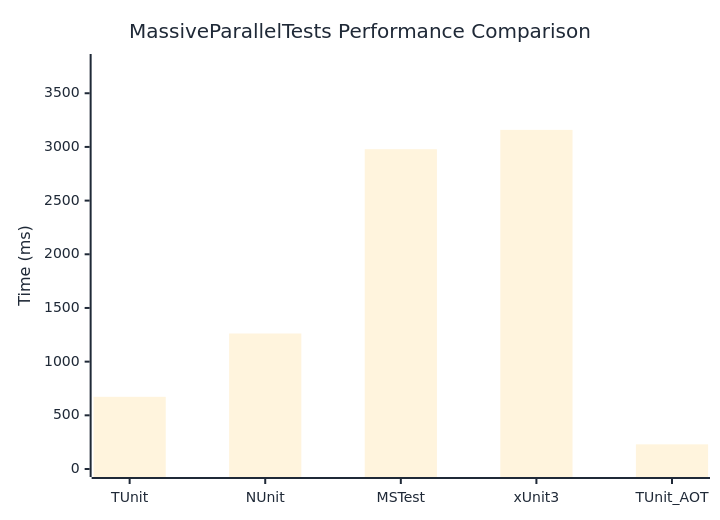
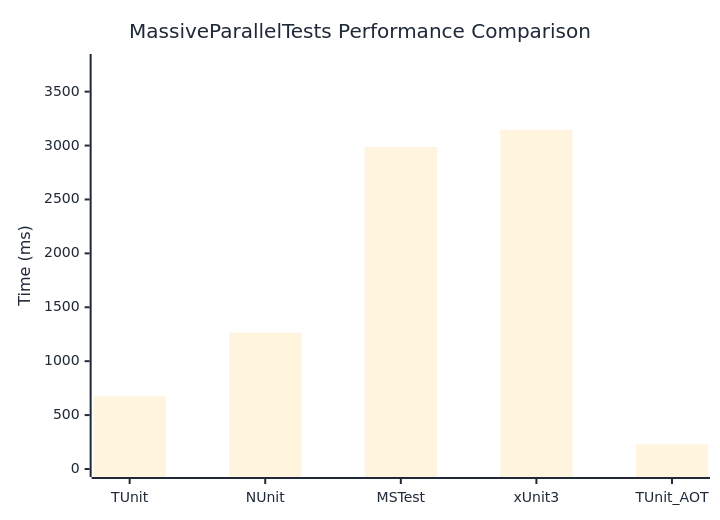
Before and after one commit to thomhurst/TUnit: the diagram in docs/docs/benchmarks/MassiveParallelTests.md, drawn with Mermaid. The commit also changed other lines of this file and 17 other files, not shown here.

````diff
--- a/docs/docs/benchmarks/MassiveParallelTests.md
+++ b/docs/docs/benchmarks/MassiveParallelTests.md
@@ -27,37 +27,37 @@
 ```mermaid
 %%{init: {
   'theme':'base',
   'themeVariables': {
     'primaryColor': '#2563eb',
     'primaryTextColor': '#1f2937',
     'primaryBorderColor': '#1e40af',
     'lineColor': '#6b7280',
     'secondaryColor': '#7c3aed',
     'tertiaryColor': '#dc2626',
     'background': '#ffffff',
     'mainBkg': '#2563eb',
     'secondBkg': '#7c3aed',
     'tertiaryBkg': '#dc2626',
     'clusterBkg': '#f3f4f6',
     'edgeLabelBackground': '#ffffff',
     'tertiaryTextColor': '#1f2937',
     'pie1': '#2563eb',
     'pie2': '#7c3aed',
     'pie3': '#dc2626',
     'pie4': '#f59e0b',
     'pie5': '#10b981',
     'pie6': '#06b6d4',
     'pie7': '#ec4899',
     'pie8': '#6366f1',
     'pie9': '#84cc16',
     'pie10': '#f97316',
     'pie11': '#14b8a6',
     'pie12': '#a855f7'
   }
 }}%%
 xychart-beta
   title "MassiveParallelTests Performance Comparison"
   x-axis ["TUnit", "NUnit", "MSTest", "xUnit3", "TUnit_AOT"]
-  y-axis "Time (ms)" 0 --> 3791
-  bar [672.3, 1262.2, 2978.8, 3158.9, 229.7]
+  y-axis "Time (ms)" 0 --> 3775
+  bar [674.2, 1264.9, 2986.8, 3145.1, 229.8]
 ```
````
